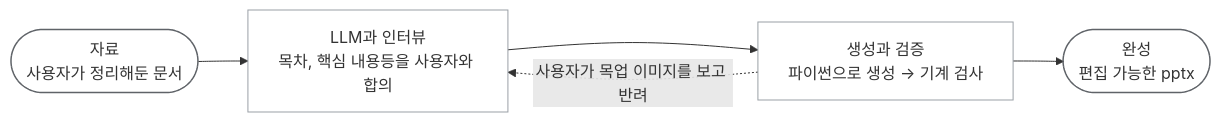
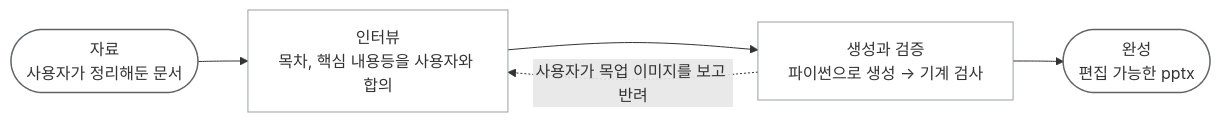
Before and after one commit to ghdtjrgns321-creator/pptxmaker: the diagram in README.md, drawn with Mermaid. The commit also changed other lines of this file, not shown here.

````diff
--- a/README.md
+++ b/README.md
@@ -26,15 +26,15 @@
 ```mermaid
 flowchart LR
     IN(["자료<br/>사용자가 정리해둔 문서"])
-    FIX["LLM과 인터뷰<br/>목차, 핵심 내용등을 사용자와 합의"]
+    FIX["인터뷰<br/>목차, 핵심 내용등을 사용자와 합의"]
     RUN["생성과 검증<br/>파이썬으로 생성 → 기계 검사"]
     OUT(["완성<br/>편집 가능한 pptx"])
 
     IN --> FIX --> RUN --> OUT
     RUN -.->|사용자가 목업 이미지를 보고 반려| FIX
 
     classDef step fill:none,stroke:#9aa0a6,stroke-width:1px
     classDef port fill:none,stroke:#5f6368,stroke-width:1.5px
     class FIX,RUN step
     class IN,OUT port
 ```
````
